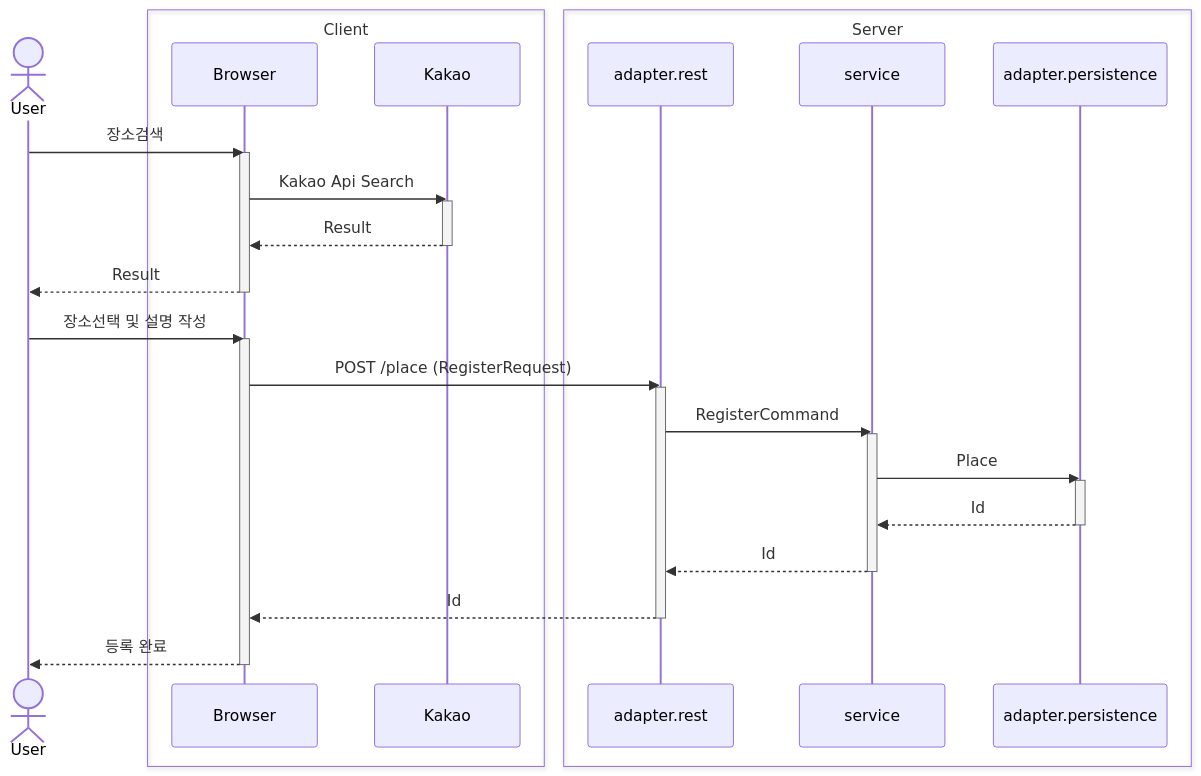
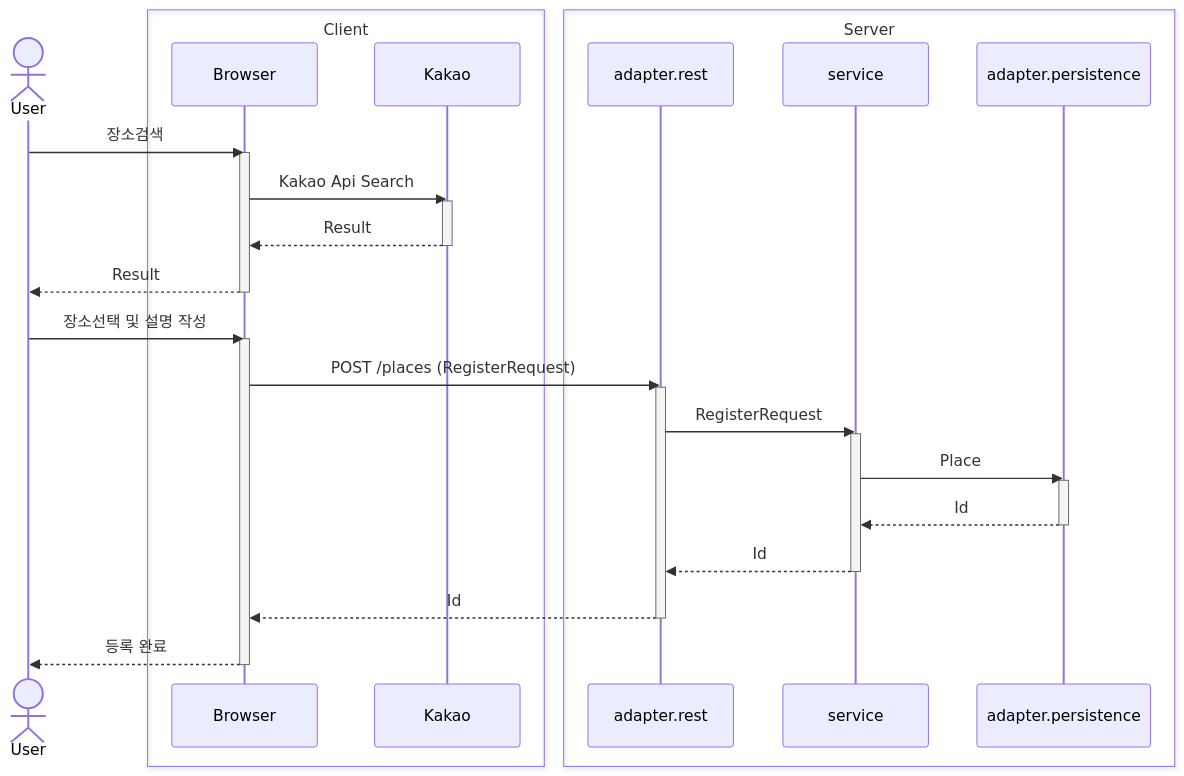
Before and after one commit to cbnu12/koc-new: the second of 3 diagrams in src/main/java/com/koc/place/place.usecase.md, drawn with Mermaid. The commit also changed 18 other files, not shown here.

````diff
--- a/src/main/java/com/koc/place/place.usecase.md
+++ b/src/main/java/com/koc/place/place.usecase.md
@@ -15,40 +15,40 @@
 ```mermaid
 sequenceDiagram
     actor User
     box Client
         participant Browser
         participant Kakao
     end
     box Server
         participant adapter.rest
         participant service
         participant adapter.persistence
     end
 
     User ->> Browser: 장소검색
 
     activate Browser
     Browser ->> Kakao: Kakao Api Search
     activate Kakao
     Kakao -->> Browser: Result
     deactivate Kakao
     Browser -->> User: Result
     deactivate Browser
 
     User ->> Browser: 장소선택 및 설명 작성
     activate Browser
-    Browser ->> adapter.rest: POST /place (RegisterRequest)
+    Browser ->> adapter.rest: POST /places (RegisterRequest)
     activate adapter.rest
-    adapter.rest ->> service: RegisterCommand
+    adapter.rest ->> service: RegisterRequest
     activate service
     service ->> adapter.persistence: Place
     activate adapter.persistence
     adapter.persistence -->> service: Id
     deactivate adapter.persistence
     service -->> adapter.rest: Id
     deactivate service
     adapter.rest -->> Browser: Id
     deactivate adapter.rest
     Browser -->> User: 등록 완료
     deactivate Browser
 ```
````
